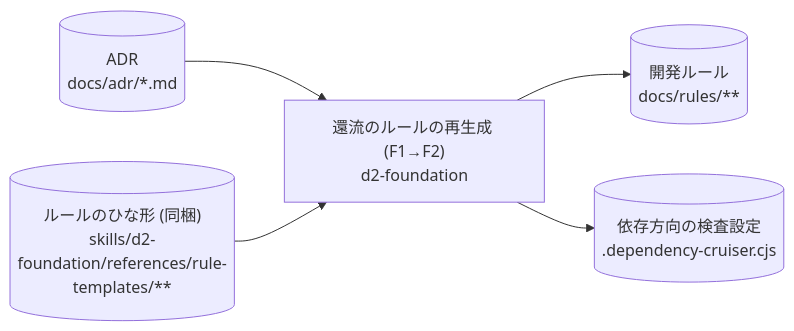
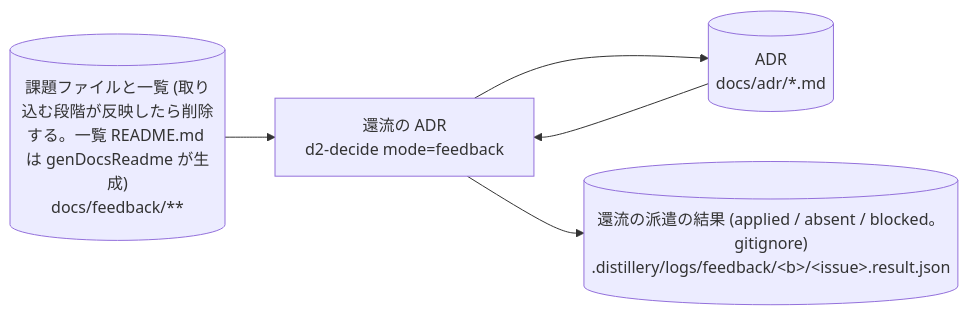
Diagram 32 of 45 in plugins/distillery2/skills/d2-common/references/dataflow.md (suwa-sh/suwa-sh-claude-plugins), drawn with Mermaid before and after one commit. The commit also changed other lines of this file and 22 other files, not shown here.

````diff
--- a/plugins/distillery2/skills/d2-common/references/dataflow.md
+++ b/plugins/distillery2/skills/d2-common/references/dataflow.md
@@ -679,12 +813,11 @@
 ```mermaid
 flowchart LR
-  p_foundation_rules["還流のルールの再生成 (F1→F2)<br/>d2-foundation"]
+  p_decide_feedback["還流の ADR<br/>d2-decide mode=feedback"]
+  s_feedback_docs[("課題ファイルと一覧 (取り込む段階が反映したら削除する。一覧 README.md は genDocsReadme が生成)<br/>docs/feedback/**")]
   s_adr[("ADR<br/>docs/adr/*.md")]
-  s_rule_templates[("ルールのひな形 (同梱)<br/>skills/d2-foundation/references/rule-templates/**")]
-  s_rules[("開発ルール<br/>docs/rules/**")]
-  s_depcruise_config[("依存方向の検査設定<br/>.dependency-cruiser.cjs")]
-  s_adr --> p_foundation_rules
-  s_rule_templates --> p_foundation_rules
-  p_foundation_rules --> s_rules
-  p_foundation_rules --> s_depcruise_config
+  s_feedback_result[("還流の派遣の結果 (applied / absent / blocked。gitignore)<br/>.distillery/logs/feedback/#lt;b#gt;/#lt;issue#gt;.result.json")]
+  s_feedback_docs --> p_decide_feedback
+  s_adr --> p_decide_feedback
+  p_decide_feedback --> s_adr
+  p_decide_feedback --> s_feedback_result
 ```
````
